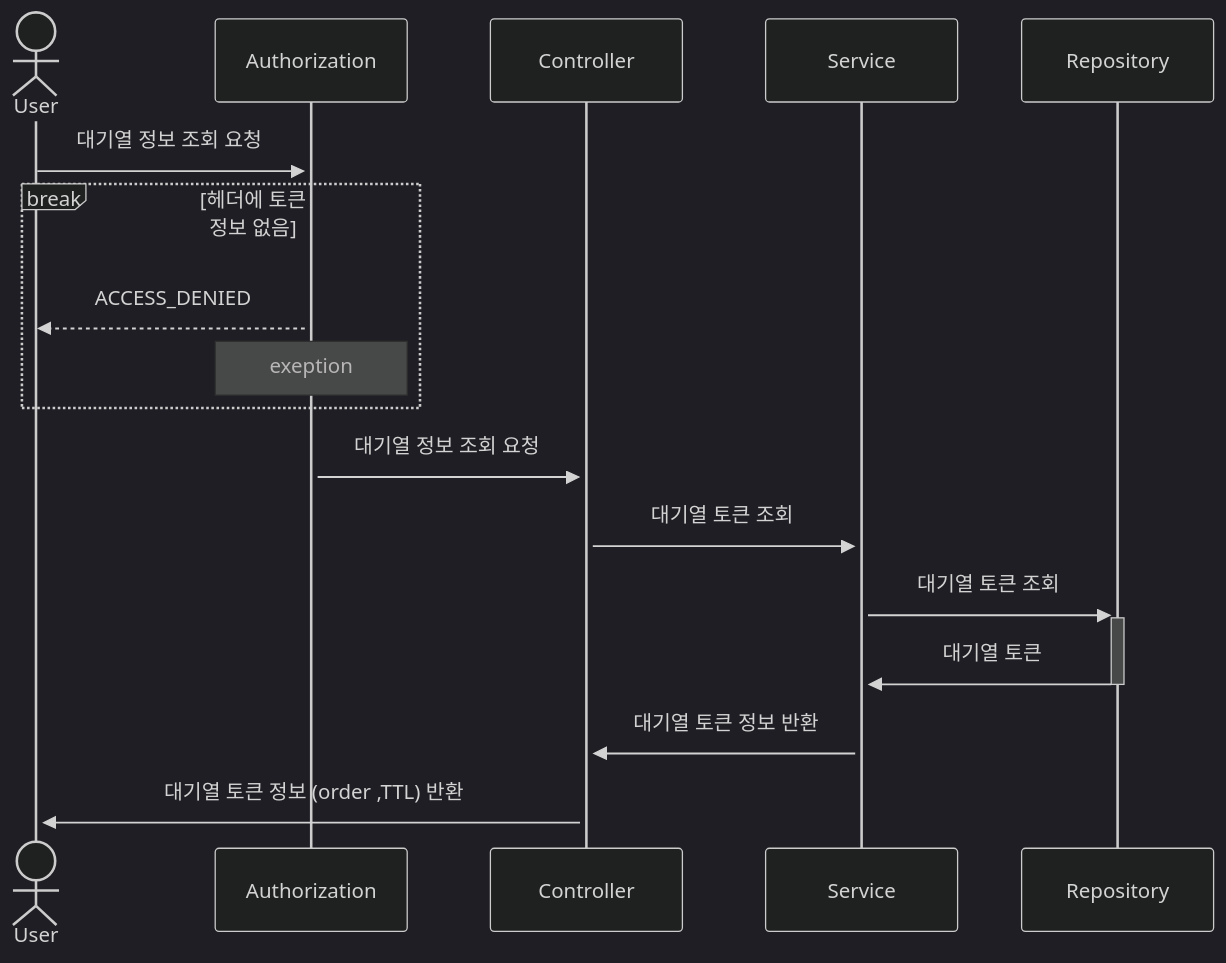
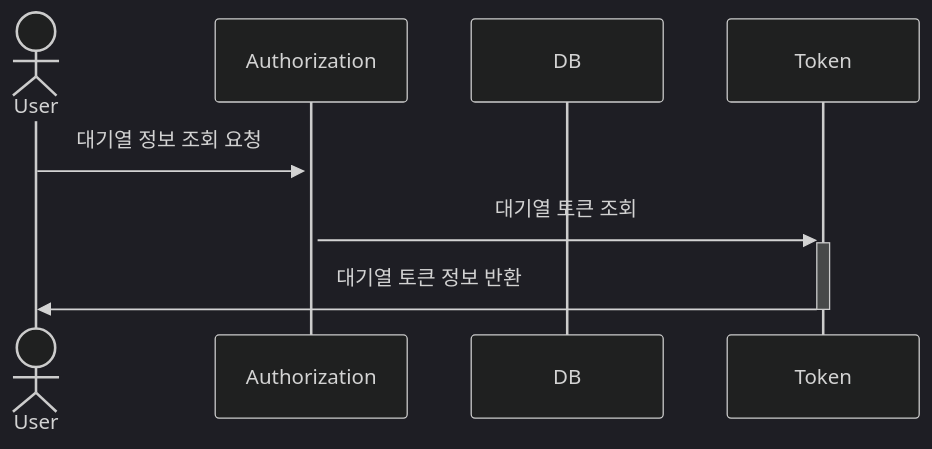
The second of 10 diagrams in README.md (adiospain/hhplus-concert-reservation-service-java), drawn with Mermaid (dark theme) before and after one commit. The commit also changed other lines of this file and 1 other file, not shown here.

Commit message:
DOCS : README.md 파일 시퀀스다이어그램 수정

````diff
--- a/README.md
+++ b/README.md
@@ -63,22 +56,11 @@
 ```mermaid
 sequenceDiagram
     actor User
     participant Authorization
-    participant Controller
-    participant Service
-    participant Repository
+    participant DB
+    participant Token
+    
     User ->>+ Authorization: 대기열 정보 조회 요청
-    break 헤더에 토큰 정보 없음
-        Authorization -->> User: ACCESS_DENIED
-        note over Authorization: exeption
-    end
-    Authorization ->>+ Controller: 대기열 정보 조회 요청
-   
-    
-    Controller ->>+ Service: 대기열 토큰 조회
-    Service ->>+ Repository: 대기열 토큰 조회
-    Repository ->>- Service: 대기열 토큰
-	Service ->>+ Controller: 대기열 토큰 정보 반환
-	Controller ->>+ User: 대기열 토큰 정보 (order ,TTL) 반환
-
+    Authorization ->>+ Token: 대기열 토큰 조회
+    Token ->>- User: 대기열 토큰 정보 반환
 ```
````
